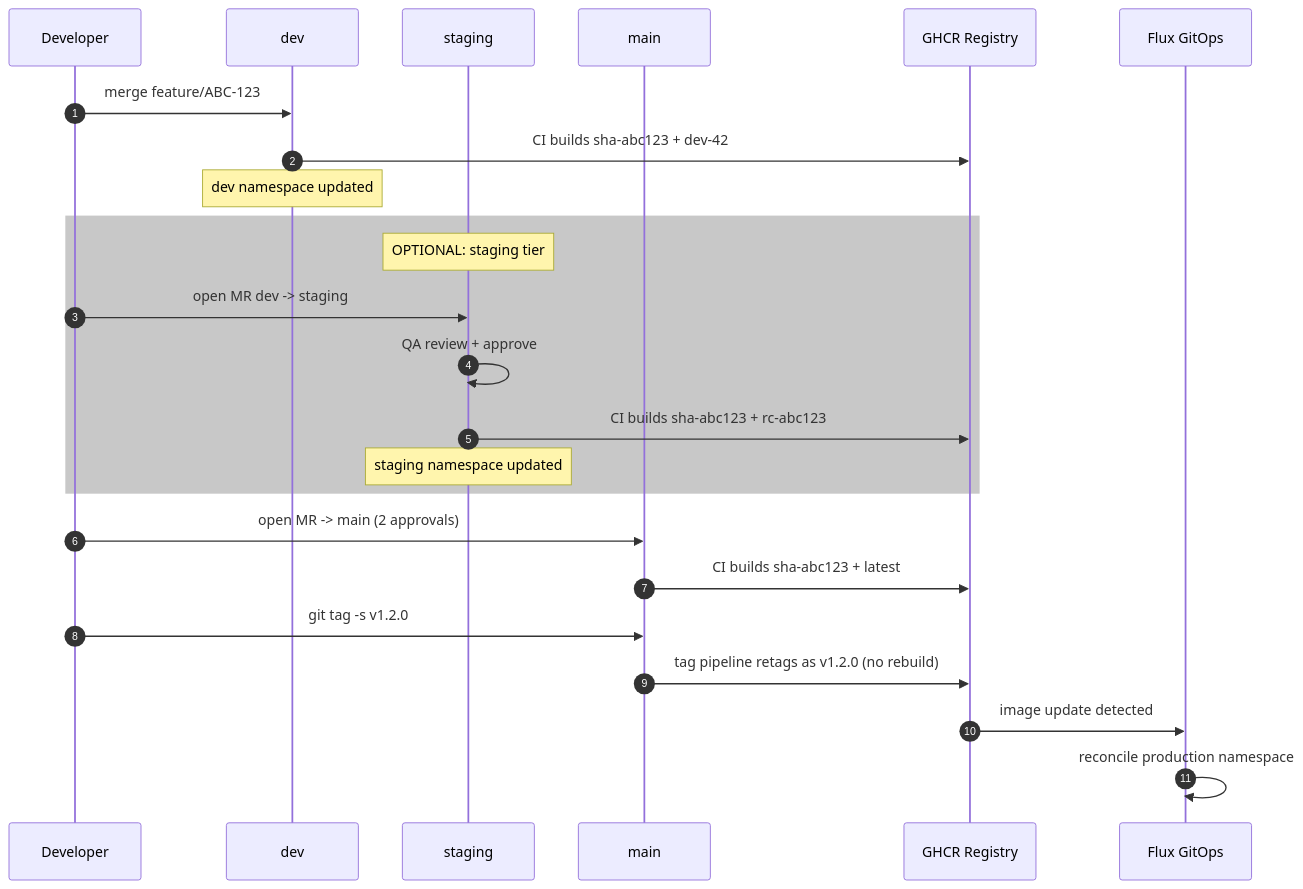
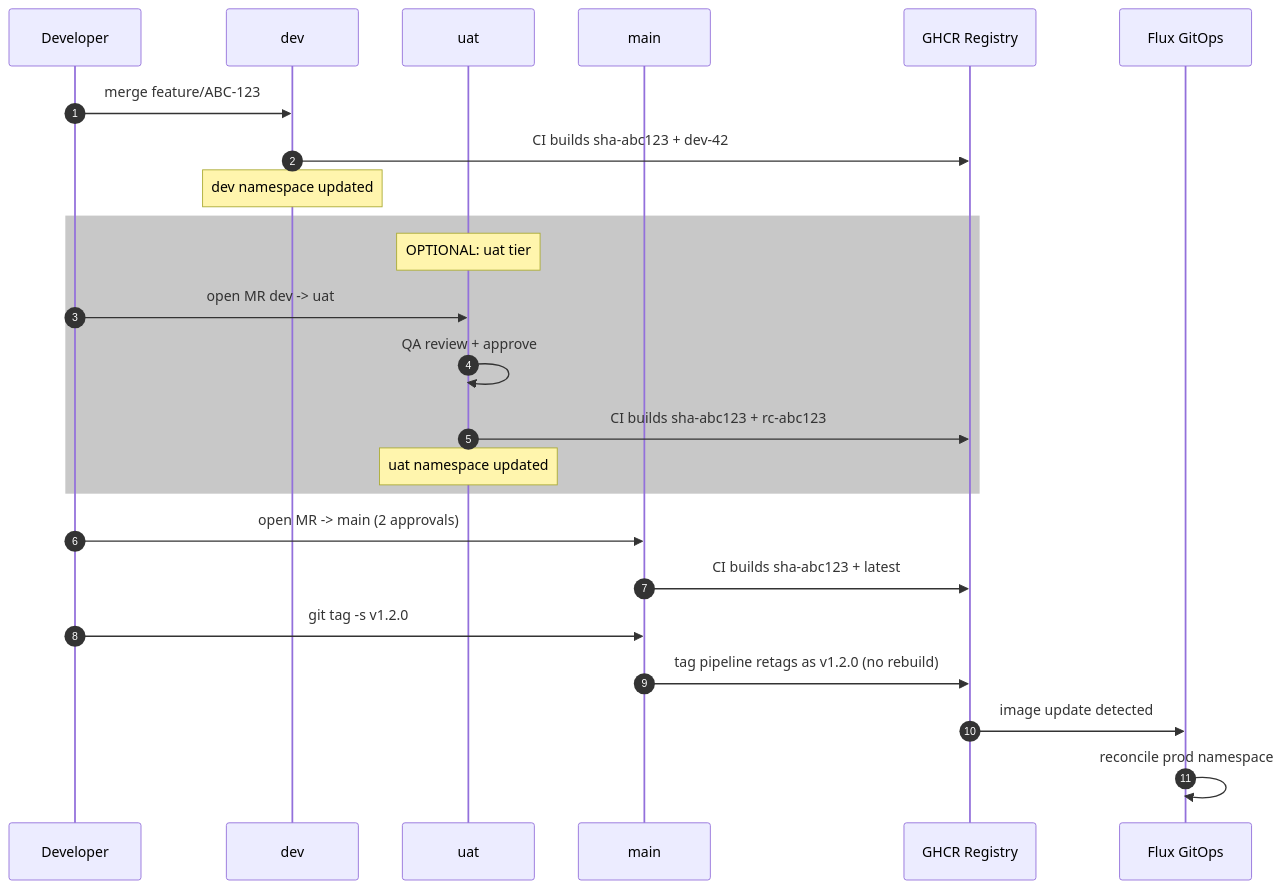
Before and after one commit to duynhlab/homelab: the second of 7 diagrams in docs/platform/gitflow.md, drawn with Mermaid. The commit also changed other lines of this file and 8 other files, not shown here.

First line of the commit message:
Consolidate CI/CD docs + rename staging tier to uat (#382)

````diff
--- a/docs/platform/gitflow.md
+++ b/docs/platform/gitflow.md
@@ -82,29 +82,29 @@
 ```mermaid
 sequenceDiagram
     autonumber
     participant Dev as Developer
     participant DevBranch as dev
-    participant Staging as staging
+    participant UAT as uat
     participant Main as main
     participant GHCR as GHCR Registry
     participant Flux as Flux GitOps
 
     Dev->>DevBranch: merge feature/ABC-123
     DevBranch->>GHCR: CI builds sha-abc123 + dev-42
     Note over DevBranch: dev namespace updated
 
     rect rgb(200, 200, 200)
-        Note over Staging: OPTIONAL: staging tier
-        Dev->>Staging: open MR dev -> staging
-        Staging->>Staging: QA review + approve
-        Staging->>GHCR: CI builds sha-abc123 + rc-abc123
-        Note over Staging: staging namespace updated
+        Note over UAT: OPTIONAL: uat tier
+        Dev->>UAT: open MR dev -> uat
+        UAT->>UAT: QA review + approve
+        UAT->>GHCR: CI builds sha-abc123 + rc-abc123
+        Note over UAT: uat namespace updated
     end
 
     Dev->>Main: open MR -> main (2 approvals)
     Main->>GHCR: CI builds sha-abc123 + latest
     Dev->>Main: git tag -s v1.2.0
     Main->>GHCR: tag pipeline retags as v1.2.0 (no rebuild)
     GHCR->>Flux: image update detected
-    Flux->>Flux: reconcile production namespace
+    Flux->>Flux: reconcile prod namespace
 ```
````
